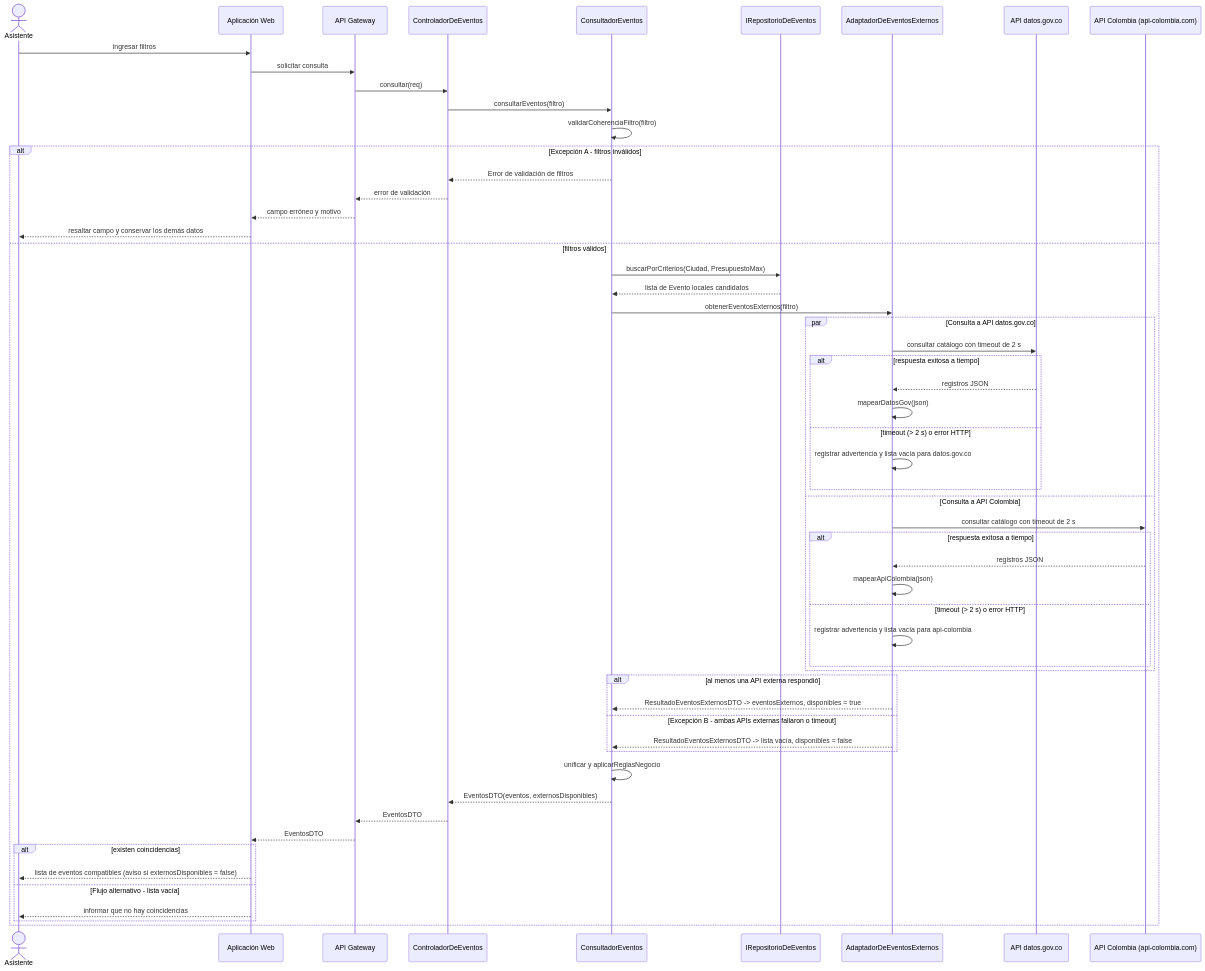
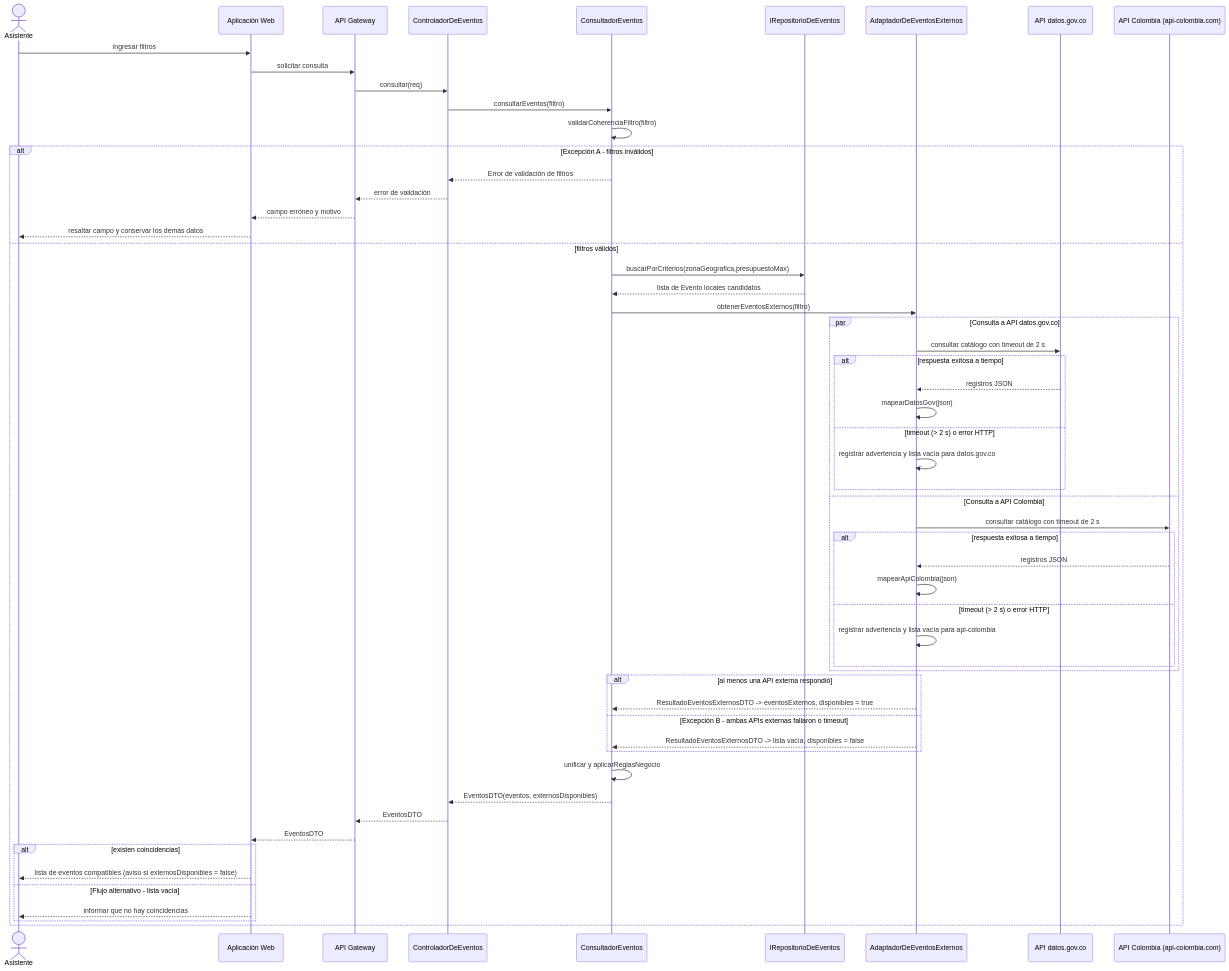
One commit to ProyectPlanning/Sistema_de_eventos changed the first of 3 diagrams in Docs/Design/02_Interaction_and_Data_Design - Version 1.md. Above: the diagram before and after it, drawn with Mermaid. The commit also changed other lines of this file, not shown here.

````diff
--- a/Docs/Design/02_Interaction_and_Data_Design - Version 1.md
+++ b/Docs/Design/02_Interaction_and_Data_Design - Version 1.md
@@ -24,63 +24,63 @@
 ```mermaid
 sequenceDiagram
     actor U as Asistente
     participant WEB as Aplicación Web
     participant GW as API Gateway
     participant CE as ControladorDeEventos
     participant CO as ConsultadorEventos
     participant REP as IRepositorioDeEventos
     participant EXT as AdaptadorDeEventosExternos
     participant GOV as API datos.gov.co
     participant COL as API Colombia (api-colombia.com)
 
     U->>WEB: ingresar filtros
     WEB->>GW: solicitar consulta 
     GW->>CE: consultar(req)
     CE->>CO: consultarEventos(filtro)
     CO->>CO: validarCoherenciaFiltro(filtro)
 
     alt Excepción A - filtros inválidos
         CO-->>CE: Error de validación de filtros
         CE-->>GW: error de validación
         GW-->>WEB: campo erróneo y motivo
         WEB-->>U: resaltar campo y conservar los demás datos
     else filtros válidos
-        CO->>REP: buscarPorCriterios(Ciudad, PresupuestoMax)
+        CO->>REP: buscarPorCriterios(zonaGeografica,presupuestoMax)
         REP-->>CO: lista de Evento locales candidatos
         CO->>EXT: obtenerEventosExternos(filtro)
 
         par Consulta a API datos.gov.co 
             EXT->>GOV: consultar catálogo con timeout de 2 s
             alt respuesta exitosa a tiempo
                 GOV-->>EXT: registros JSON 
                 EXT->>EXT: mapearDatosGov(json)
             else timeout (> 2 s) o error HTTP
                 EXT->>EXT: registrar advertencia y lista vacía para datos.gov.co
             end
         and Consulta a API Colombia 
             EXT->>COL: consultar catálogo con timeout de 2 s
             alt respuesta exitosa a tiempo
                 COL-->>EXT: registros JSON
                 EXT->>EXT: mapearApiColombia(json)
             else timeout (> 2 s) o error HTTP
                 EXT->>EXT: registrar advertencia y lista vacía para api-colombia
             end
         end
 
         alt al menos una API externa respondió
             EXT-->>CO: ResultadoEventosExternosDTO -> eventosExternos, disponibles = true
         else Excepción B - ambas APIs externas fallaron o timeout
             EXT-->>CO: ResultadoEventosExternosDTO -> lista vacía, disponibles = false
         end
 
         CO->>CO: unificar y aplicarReglasNegocio
         CO-->>CE: EventosDTO(eventos, externosDisponibles)
         CE-->>GW: EventosDTO
         GW-->>WEB: EventosDTO
         alt existen coincidencias
             WEB-->>U: lista de eventos compatibles (aviso si externosDisponibles = false)
         else Flujo alternativo - lista vacía
             WEB-->>U: informar que no hay coincidencias
         end
     end
 ```
````
